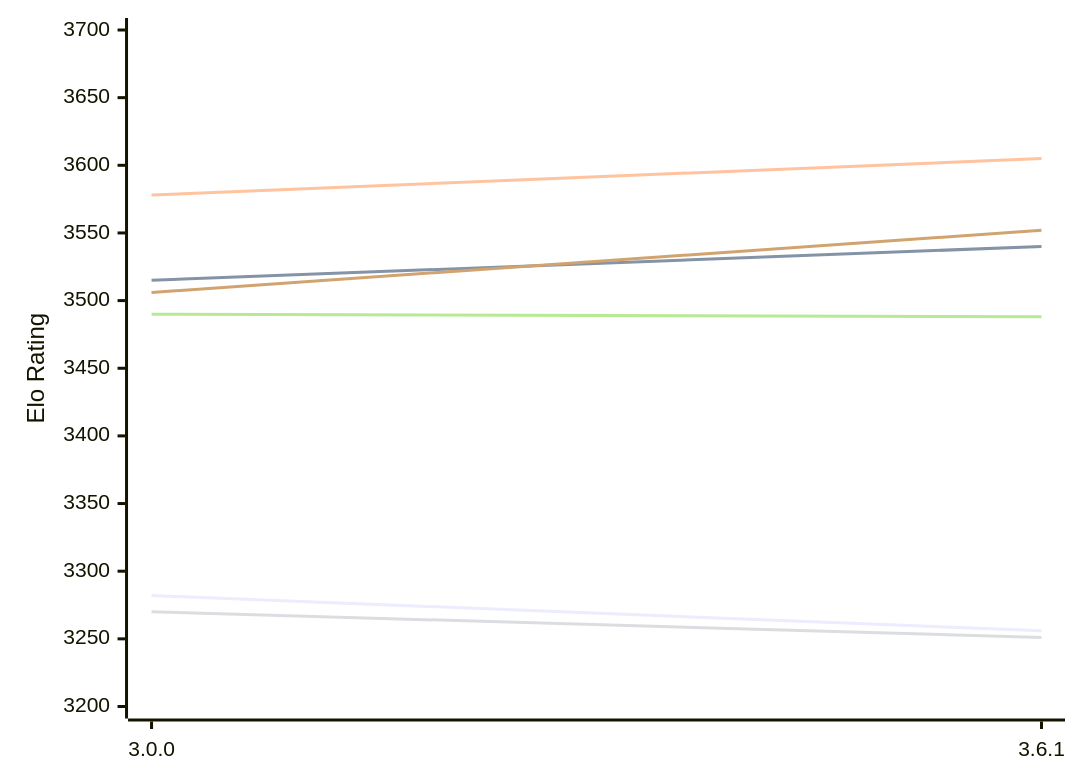
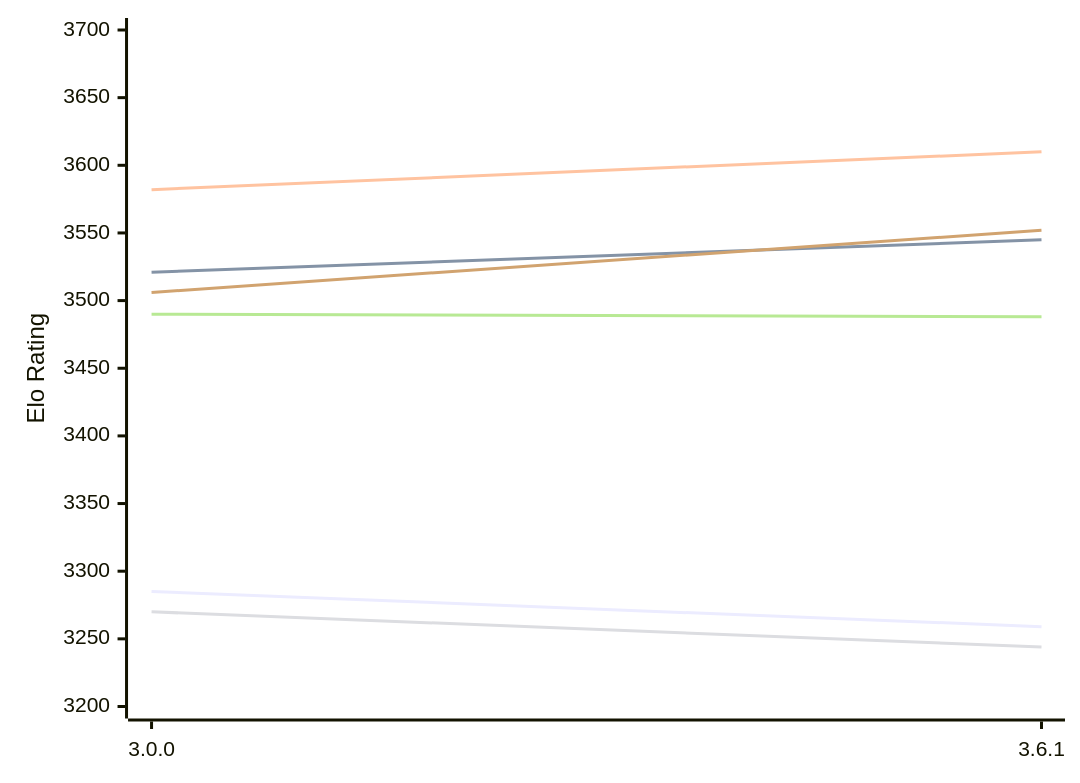
Before and after one commit to computer-chess-index/cci: the diagram in engines/Peras.md, drawn with Mermaid. The commit also changed other lines of this file, not shown here.

Commit message:
Update CCI Ratings (ELO VLTC) - 2026-11-22

````diff
--- a/engines/Peras.md
+++ b/engines/Peras.md
@@ -49,12 +49,12 @@
 ```mermaid
 %%{init: {"theme":"base","themeVariables":{"seriesColors:['#a3a3a3','#222221','#faa371']}}}%%
 xychart-beta
   x-axis ["3.0.0", "3.6.1"]
   y-axis "Elo Rating" 3200 --> 3700
-  line "E1: STC (8.0+0.08s)" [3282, 3256]
-  line "E1: LTC (60.0+0.60s)" [3515, 3540]
-  line "E1: VLTC (2m24s+1.12s)" [3578, 3605]
-  line "P1: STC (8.0+0.08s)" [3270, 3251]
+  line "E1: STC (8.0+0.08s)" [3285, 3259]
+  line "E1: LTC (60.0+0.60s)" [3521, 3545]
+  line "E1: VLTC (2m24s+1.12s)" [3582, 3610]
+  line "P1: STC (8.0+0.08s)" [3270, 3244]
   line "P1: LTC (60.0+0.60s)" [3490, 3488]
   line "P1: VLTC (2m24s+1.12s)" [3506, 3552]
 ```
````
